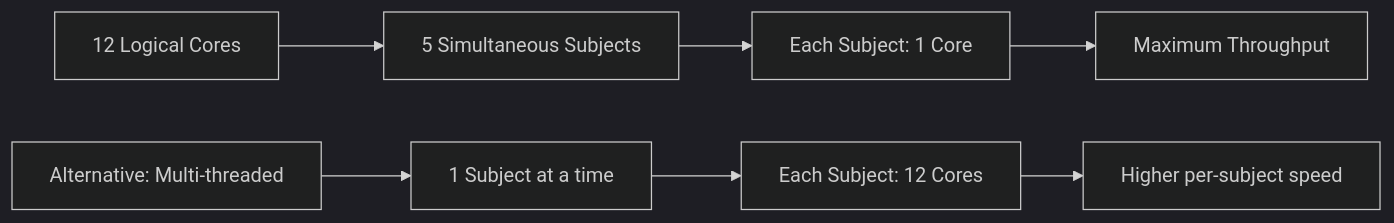
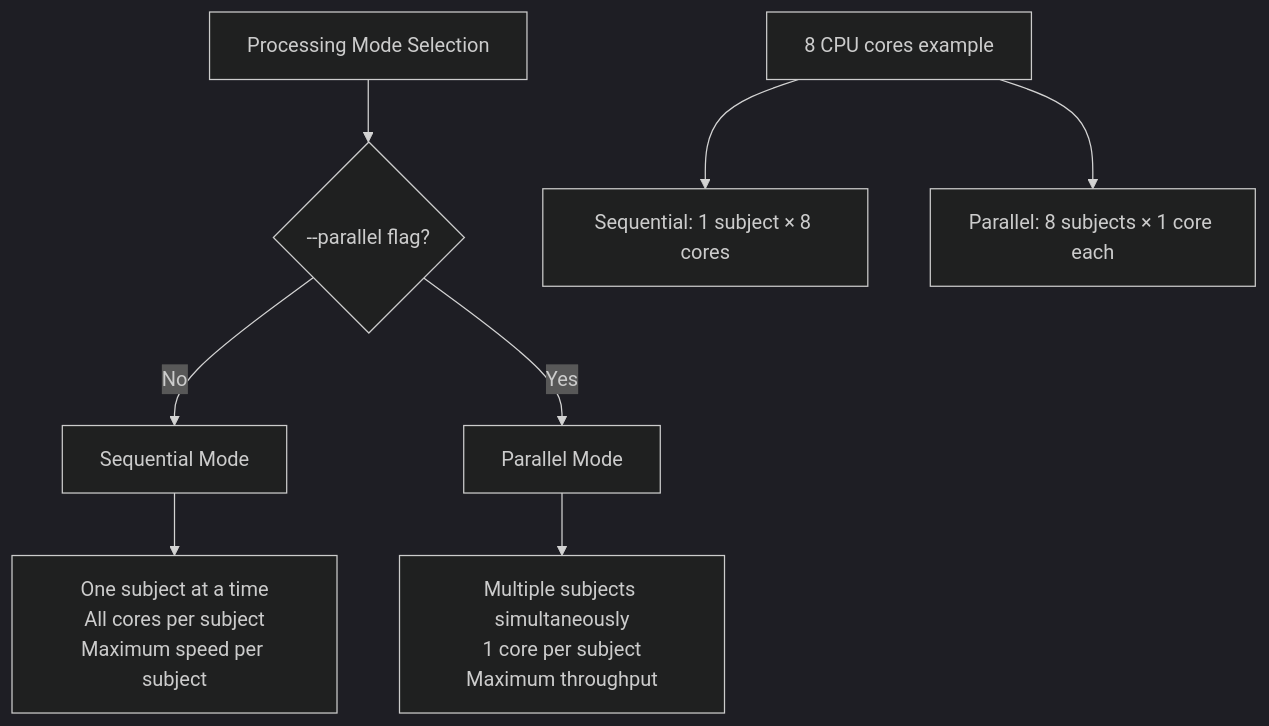
One commit to idossha/TI-Toolbox changed the fourth of 4 diagrams in docs/wiki/pre-processing.md. Above: the diagram before and after it, drawn with Mermaid (dark theme). The commit also changed other lines of this file, not shown here.

````diff
--- a/docs/wiki/pre-processing.md
+++ b/docs/wiki/pre-processing.md
@@ -257,10 +255,12 @@
 ```mermaid
-graph LR
-    A[12 Logical Cores] --> B[5 Simultaneous Subjects]
-    B --> C[Each Subject: 1 Core]
-    C --> D[Maximum Throughput]
+graph TD
+    A[Processing Mode Selection] --> B{--parallel flag?}
+    B -->|No| C[Sequential Mode]
+    B -->|Yes| D[Parallel Mode]
     
-    E[Alternative: Multi-threaded] --> F[1 Subject at a time]
-    F --> G[Each Subject: 12 Cores]
-    G --> H[Higher per-subject speed]
+    C --> E[One subject at a time<br/>All cores per subject<br/>Maximum speed per subject]
+    D --> F[Multiple subjects simultaneously<br/>1 core per subject<br/>Maximum throughput]
+    
+    G[8 CPU cores example] --> H[Sequential: 1 subject × 8 cores]
+    G --> I[Parallel: 8 subjects × 1 core each]
 ```
````
